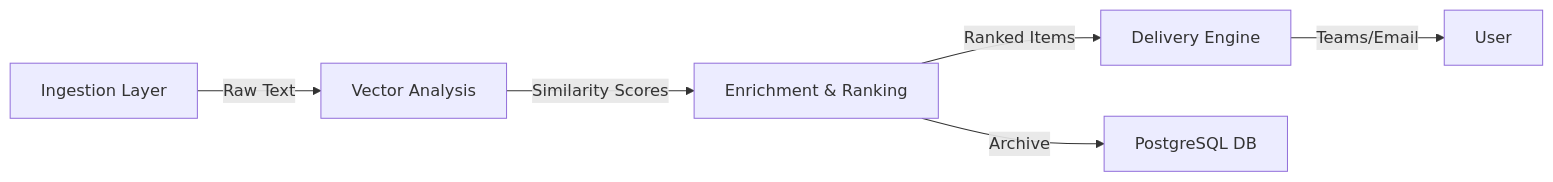
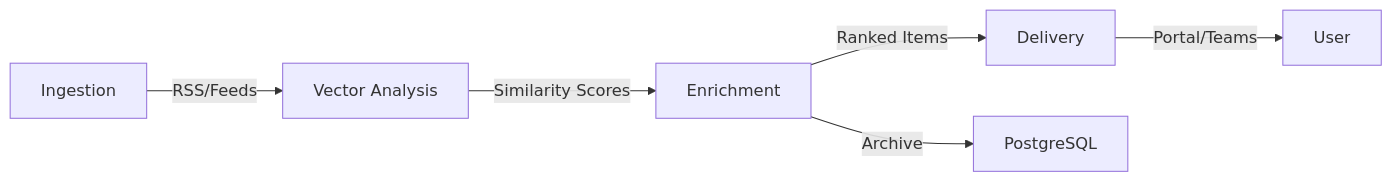
One commit to rchejfec/passive-policy-intelligence changed the diagram in README.md. Above: the diagram before and after it, drawn with Mermaid. The commit also changed other lines of this file and 12 other files, not shown here.

````diff
--- a/README.md
+++ b/README.md
@@ -48,8 +33,8 @@
 ```mermaid
 graph LR
-    A[Ingestion Layer] -->|Raw Text| B[Vector Analysis]
-    B -->|Similarity Scores| C[Enrichment & Ranking]
-    C -->|Ranked Items| D[Delivery Engine]
-    D -->|Teams/Email| E[User]
-    C -->|Archive| F[PostgreSQL DB]
+    A[Ingestion] -->|RSS/Feeds| B[Vector Analysis]
+    B -->|Similarity Scores| C[Enrichment]
+    C -->|Ranked Items| D[Delivery]
+    D -->|Portal/Teams| E[User]
+    C -->|Archive| F[PostgreSQL]
 ```
````
